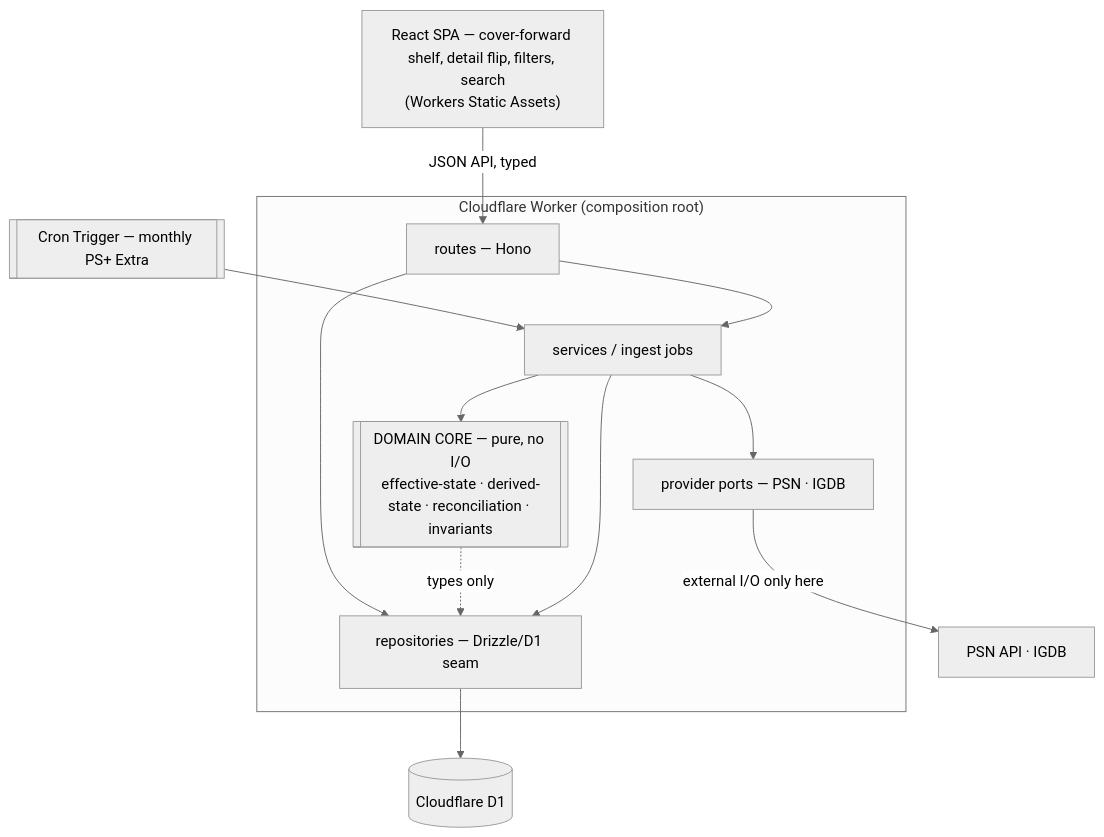
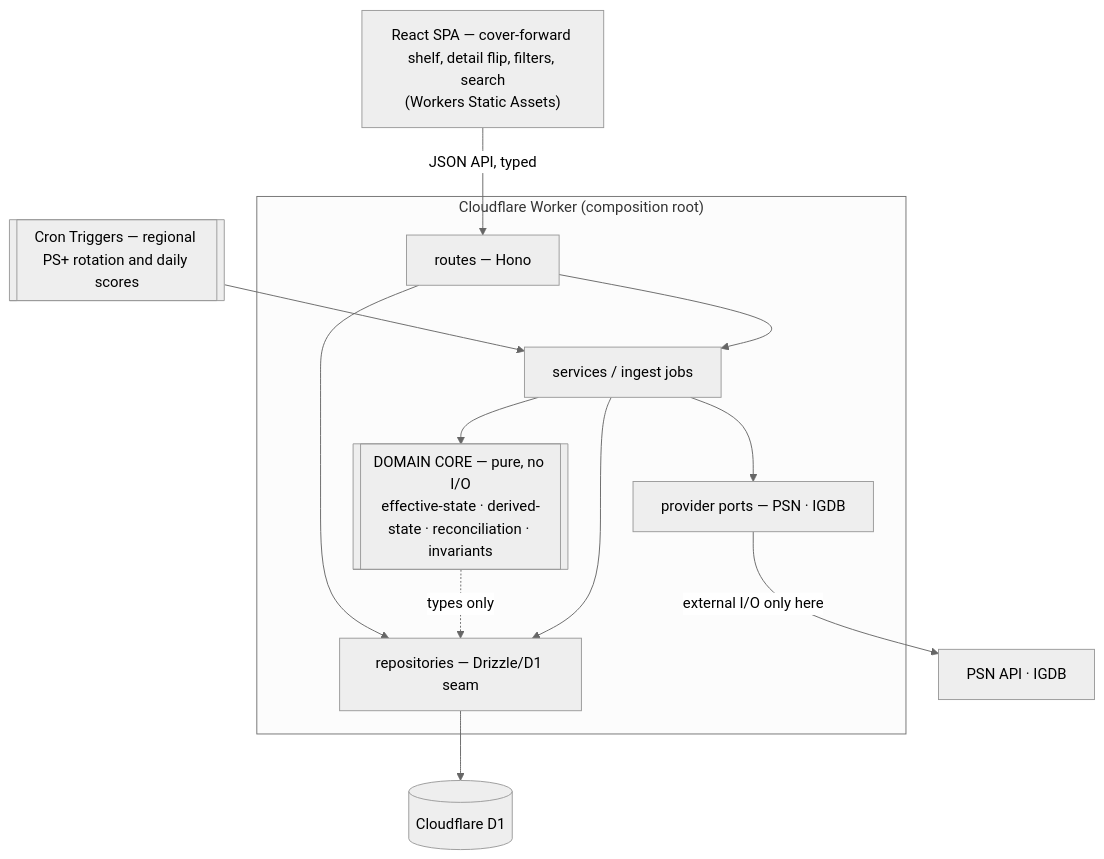
One commit to l-filice89/press-start changed the first of 4 diagrams in _bmad-output/planning-artifacts/architecture/architecture-ps-game-catalog-2026-07-05/ARCHITECTURE-SPINE.md. Above: the diagram before and after it, drawn with Mermaid (neutral theme). The commit also changed other lines of this file and 11 other files, not shown here.

````diff
--- a/_bmad-output/planning-artifacts/architecture/architecture-ps-game-catalog-2026-07-05/ARCHITECTURE-SPINE.md
+++ b/_bmad-output/planning-artifacts/architecture/architecture-ps-game-catalog-2026-07-05/ARCHITECTURE-SPINE.md
@@ -31,18 +33,18 @@
 ```mermaid
 flowchart TD
   SPA["React SPA — cover-forward shelf, detail flip, filters, search<br/>(Workers Static Assets)"]
   SPA -->|JSON API, typed| ROUTES
 
   subgraph Worker["Cloudflare Worker (composition root)"]
     ROUTES[routes — Hono] --> SVC[services / ingest jobs]
     SVC --> CORE[["DOMAIN CORE — pure, no I/O<br/>effective-state · derived-state · reconciliation · invariants"]]
     SVC --> REPO[repositories — Drizzle/D1 seam]
     SVC --> PORTS[provider ports — PSN · IGDB]
     CORE -.->|types only| REPO
     ROUTES --> REPO
   end
 
   REPO --> D1[(Cloudflare D1)]
   PORTS -->|external I/O only here| EXT["PSN API · IGDB"]
-  CRON[[Cron Trigger — monthly PS+ Extra]] --> SVC
+  CRON[[Cron Triggers — regional PS+ rotation and daily scores]] --> SVC
 ```
````
